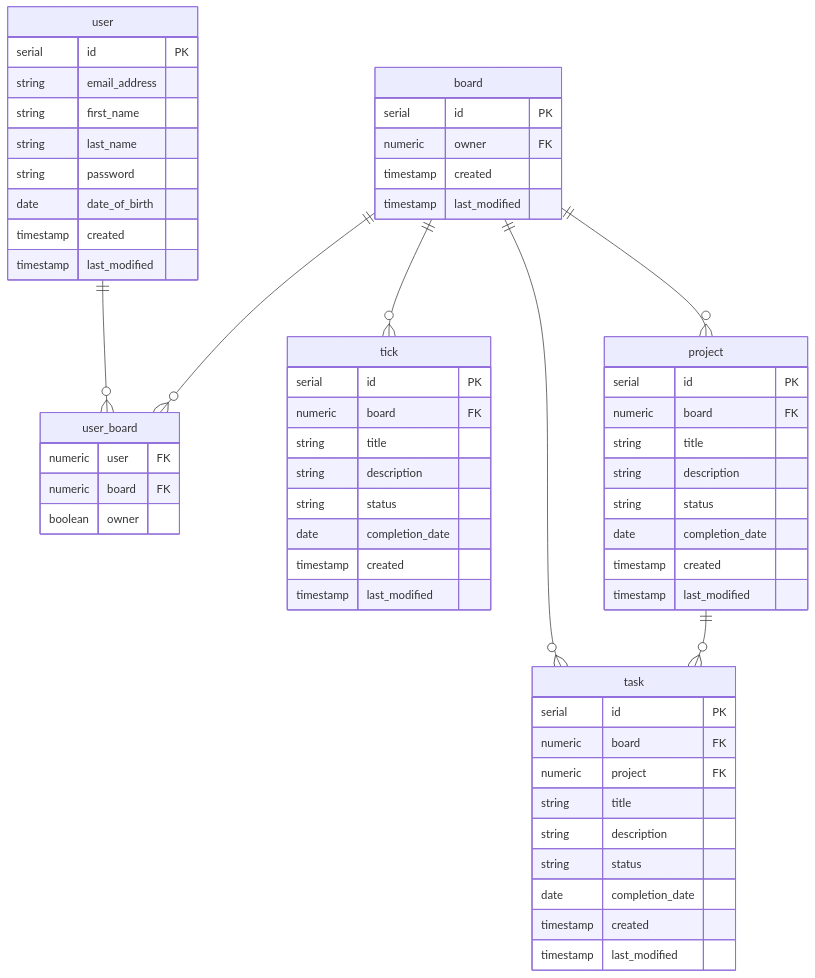
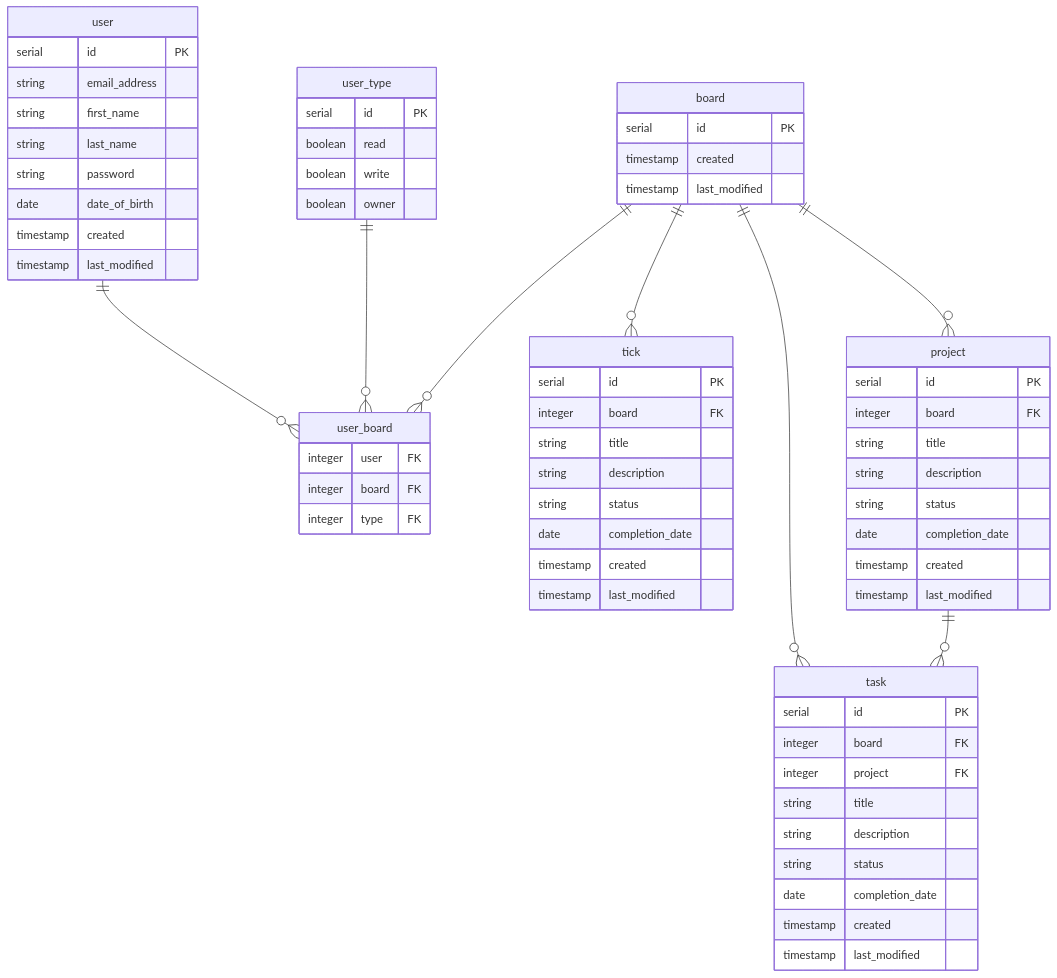
Before and after one commit to lmckinley09/CoE-Todo: the second of 2 diagrams in README.md, drawn with Mermaid.

````diff
--- a/README.md
+++ b/README.md
@@ -45,68 +45,75 @@
 ```mermaid
 erDiagram
  user ||--o{ user_board : ""
+ user_type ||--o{ user_board : ""
  board ||--o{ user_board : ""
  board ||--o{ tick : ""
  board ||--o{ task : ""
  board ||--o{ project : ""
  project ||--o{ task : ""
 
     user {
         serial id PK
         string email_address
         string first_name
         string last_name
         string password
         date date_of_birth
         timestamp created
         timestamp last_modified
     }
     
+    user_board {
+        integer user FK
+        integer board FK
+        integer type FK
+    }
+    
+    user_type {
+        serial id PK
+        boolean read
+        boolean write
+        boolean owner
+    }
+    
     board {
         serial id PK
-        numeric owner FK
         timestamp created
         timestamp last_modified
     }
     
-    user_board {
-        numeric user FK
-        numeric board FK
-        boolean owner 
-    }
-    
     tick {
         serial id PK
-        numeric board FK
+        integer board FK
         string title
         string description
         string status
         date completion_date
         timestamp created
         timestamp last_modified
     }
     
      task {
         serial id PK
-        numeric board FK
-        numeric project FK
+        integer board FK
+        integer project FK
         string title
         string description
         string status
         date completion_date
         timestamp created
         timestamp last_modified
     }
     
       project {
         serial id PK
-        numeric board FK
+        integer  board FK
         string title
         string description
         string status
         date completion_date
         timestamp created
         timestamp last_modified
     }
 
 ```
````
